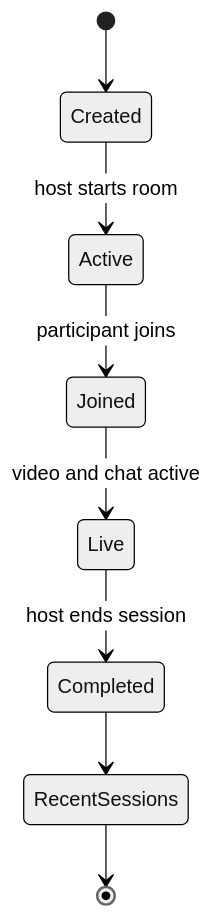
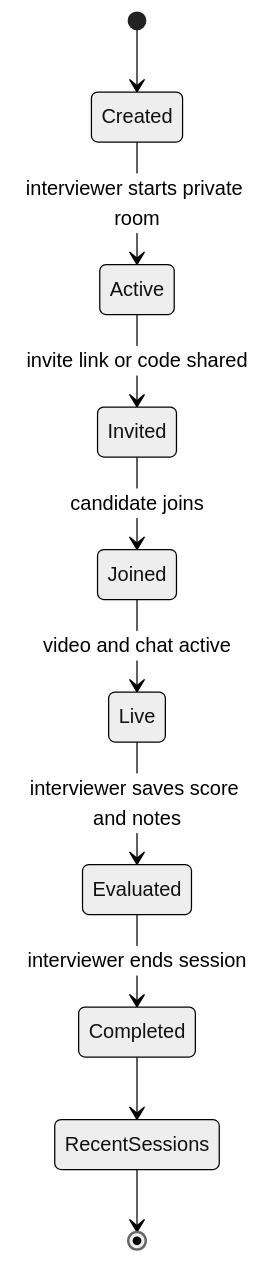
Before and after one commit to ShivamXroy/Intervo: the third of 3 diagrams in README.md, drawn with Mermaid (neutral theme). The commit also changed other lines of this file and 12 other files, not shown here.

Commit message:
Add private interview session workflow

````diff
--- a/README.md
+++ b/README.md
@@ -81,10 +87,12 @@
 ```mermaid
 stateDiagram-v2
     [*] --> Created
-    Created --> Active: host starts room
-    Active --> Joined: participant joins
+    Created --> Active: interviewer starts private room
+    Active --> Invited: invite link or code shared
+    Invited --> Joined: candidate joins
     Joined --> Live: video and chat active
-    Live --> Completed: host ends session
+    Live --> Evaluated: interviewer saves score and notes
+    Evaluated --> Completed: interviewer ends session
     Completed --> RecentSessions
     RecentSessions --> [*]
 ```
````
